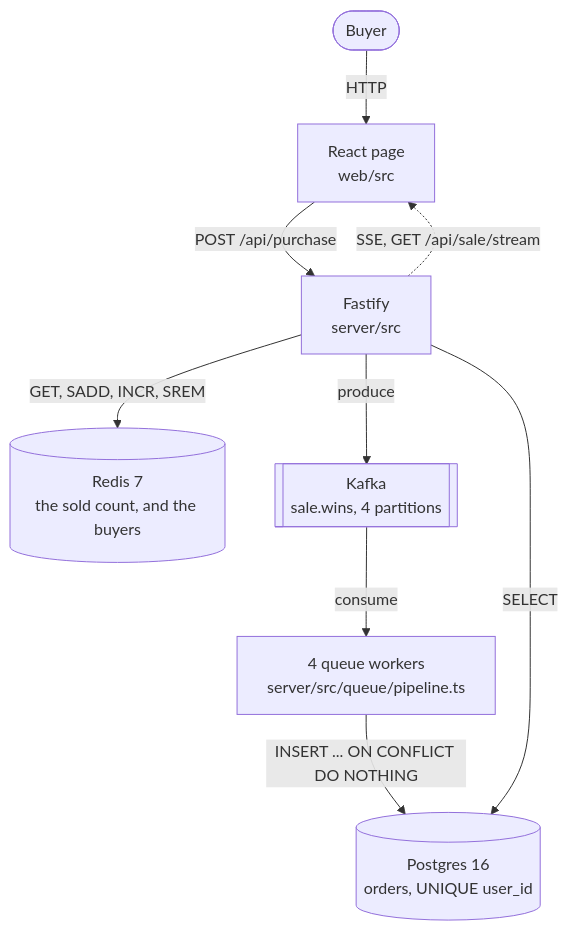
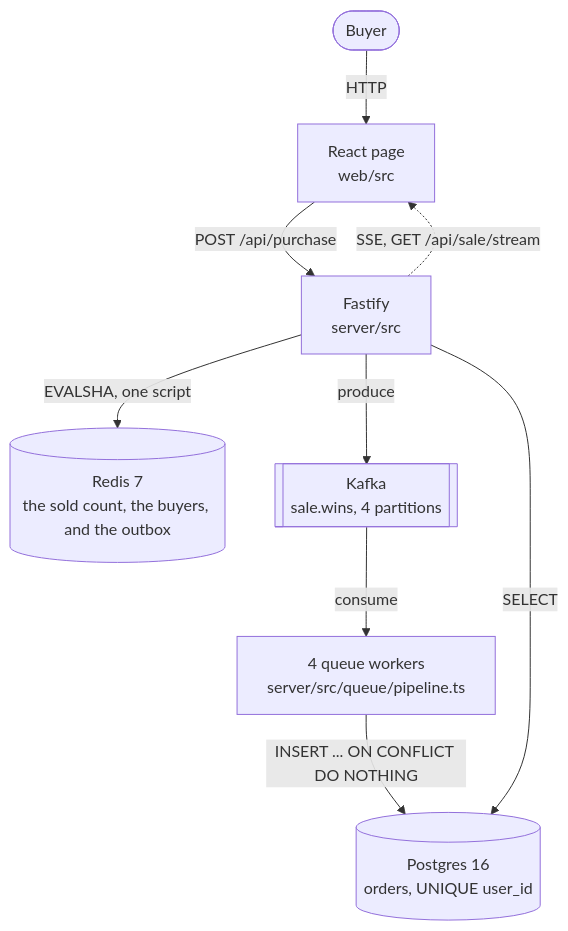
One commit to fairyhunter13/flash-sale changed the diagram in docs/development-plan.md. Above: the diagram before and after it, drawn with Mermaid. The commit also changed other lines of this file and 5 other files, not shown here.

First line of the commit message:
Close the reserve loss with one Redis script and an outbox

````diff
--- a/docs/development-plan.md
+++ b/docs/development-plan.md
@@ -37,11 +37,11 @@
 ```mermaid
 flowchart TD
   buyer([Buyer]) -->|HTTP| web["React page<br/>web/src"]
   web -->|"POST /api/purchase"| api["Fastify<br/>server/src"]
   api -.->|"SSE, GET /api/sale/stream"| web
-  api -->|"GET, SADD, INCR, SREM"| redis[("Redis 7<br/>the sold count, and the buyers")]
+  api -->|"EVALSHA, one script"| redis[("Redis 7<br/>the sold count, the buyers, and the outbox")]
   api -->|produce| kafka[["Kafka<br/>sale.wins, 4 partitions"]]
   kafka -->|consume| work["4 queue workers<br/>server/src/queue/pipeline.ts"]
   work -->|"INSERT ... ON CONFLICT DO NOTHING"| pg[("Postgres 16<br/>orders, UNIQUE user_id")]
   api -->|SELECT| pg
 ```
````
